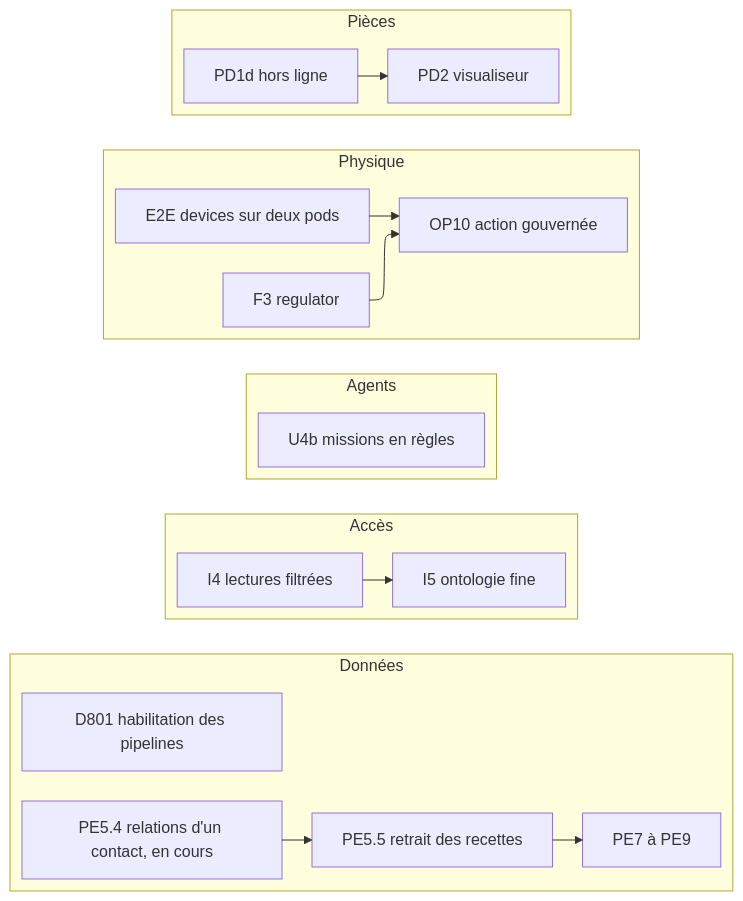
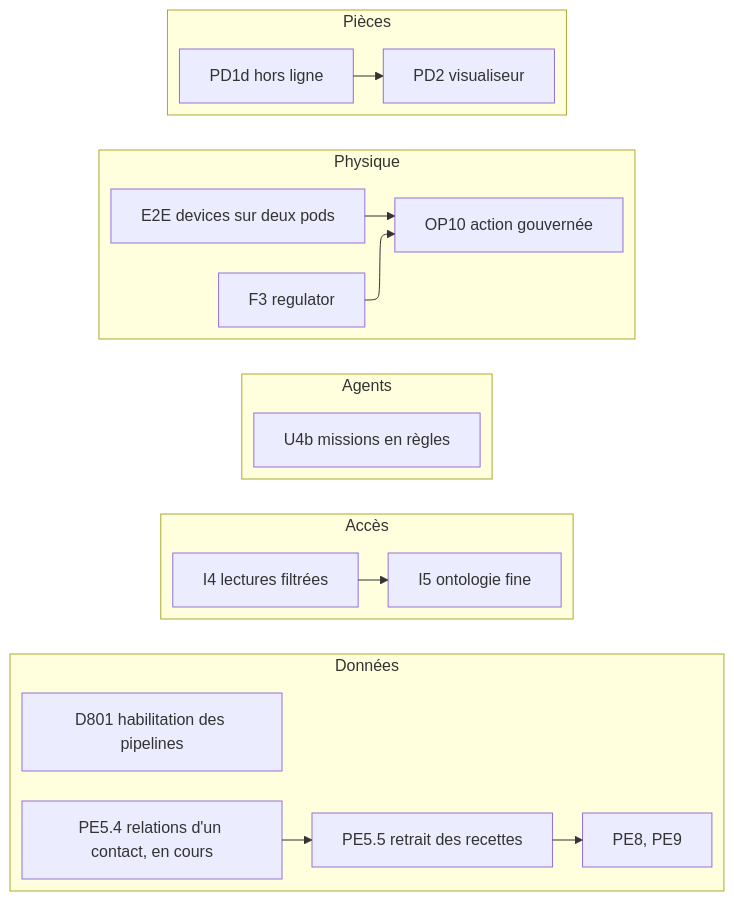
One commit to Pnex/pnex-rs changed the second of 3 diagrams in docs/architecture/roadmap.md. Above: the diagram before and after it, drawn with Mermaid. The commit also changed other lines of this file and 9 other files, not shown here.

````diff
--- a/docs/architecture/roadmap.md
+++ b/docs/architecture/roadmap.md
@@ -59,25 +59,25 @@
 ```mermaid
 ---
 config:
   layout: elk
 ---
 flowchart LR
     subgraph data[Données]
         pe54[PE5.4 relations d'un contact, en cours] --> pe55[PE5.5 retrait des recettes]
-        pe55 --> pe79[PE7 à PE9]
+        pe55 --> pe79[PE8, PE9]
         d801[D801 habilitation des pipelines]
     end
     subgraph acc[Accès]
         i4[I4 lectures filtrées] --> i5[I5 ontologie fine]
     end
     subgraph ag[Agents]
         u4b[U4b missions en règles]
     end
     subgraph phys[Physique]
         f3[F3 regulator] --> op10[OP10 action gouvernée]
         e2e[E2E devices sur deux pods] --> op10
     end
     subgraph gmao[Pièces]
         pd1d[PD1d hors ligne] --> pd2[PD2 visualiseur]
     end
 ```
````
